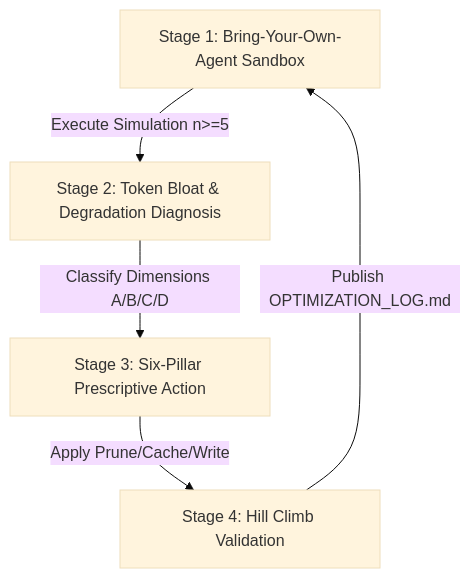
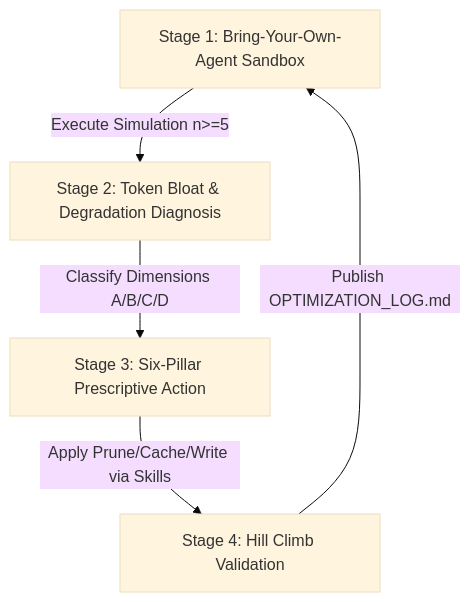
The first of 3 diagrams in README.md (catwang42/context_optimisation_strategy_sample), drawn with Mermaid (base theme) before and after one commit. The commit also changed other lines of this file, not shown here.

Commit message:
docs(readme): provide definitive architectural transparency, two-agent validation rationale, metric deep-dives, and complete execution workflows

````diff
--- a/README.md
+++ b/README.md
@@ -10,7 +9,7 @@
 ```mermaid
 flowchart TD
     A[Stage 1: Bring-Your-Own-Agent Sandbox] -->|Execute Simulation n>=5| B[Stage 2: Token Bloat & Degradation Diagnosis]
     B -->|Classify Dimensions A/B/C/D| C[Stage 3: Six-Pillar Prescriptive Action]
-    C -->|Apply Prune/Cache/Write| D[Stage 4: Hill Climb Validation]
+    C -->|Apply Prune/Cache/Write via Skills| D[Stage 4: Hill Climb Validation]
     D -->|Publish OPTIMIZATION_LOG.md| A
 ```
````
